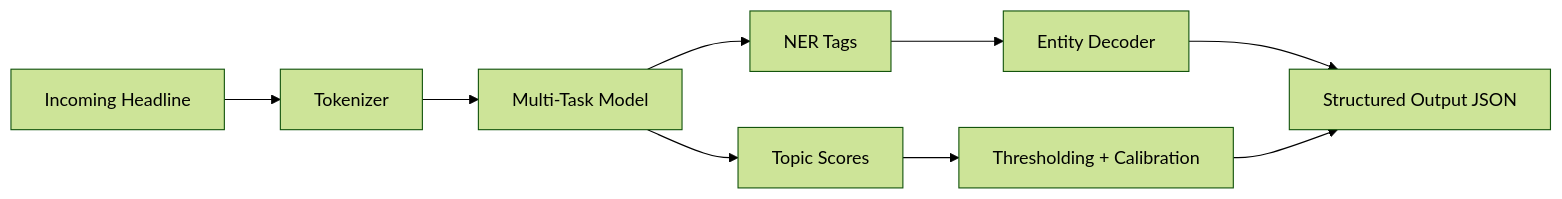
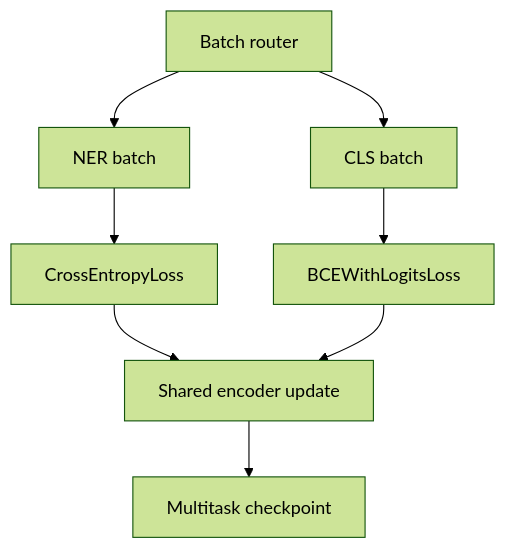
One commit to TrishamBP/TrishamBP.github.io changed the fifth of 7 diagrams in _research/2026-04-07-quantbridge-energy-intelligence-multitask-nlp.md. Above: the diagram before and after it, drawn with Mermaid (forest theme). The commit also changed other lines of this file and 1 other file, not shown here.

Commit message:
feat: add Research Articles section with integrated NLP system research article and mermaid rendering support

````diff
--- a/_research/2026-04-07-quantbridge-energy-intelligence-multitask-nlp.md
+++ b/_research/2026-04-07-quantbridge-energy-intelligence-multitask-nlp.md
@@ -165,11 +159,10 @@
 ```mermaid
-flowchart LR
-  Q["Incoming Headline"] --> T["Tokenizer"]
-  T --> M["Multi-Task Model"]
-  M --> N["NER Tags"]
-  M --> C["Topic Scores"]
-  N --> P["Entity Decoder"]
-  C --> R["Thresholding + Calibration"]
-  P --> O["Structured Output JSON"]
-  R --> O
+flowchart TD
+  B1["Batch router"] --> N["NER batch"]
+  B1 --> C["CLS batch"]
+  N --> L1["CrossEntropyLoss"]
+  C --> L2["BCEWithLogitsLoss"]
+  L1 --> U["Shared encoder update"]
+  L2 --> U
+  U --> M["Multitask checkpoint"]
 ```
````
